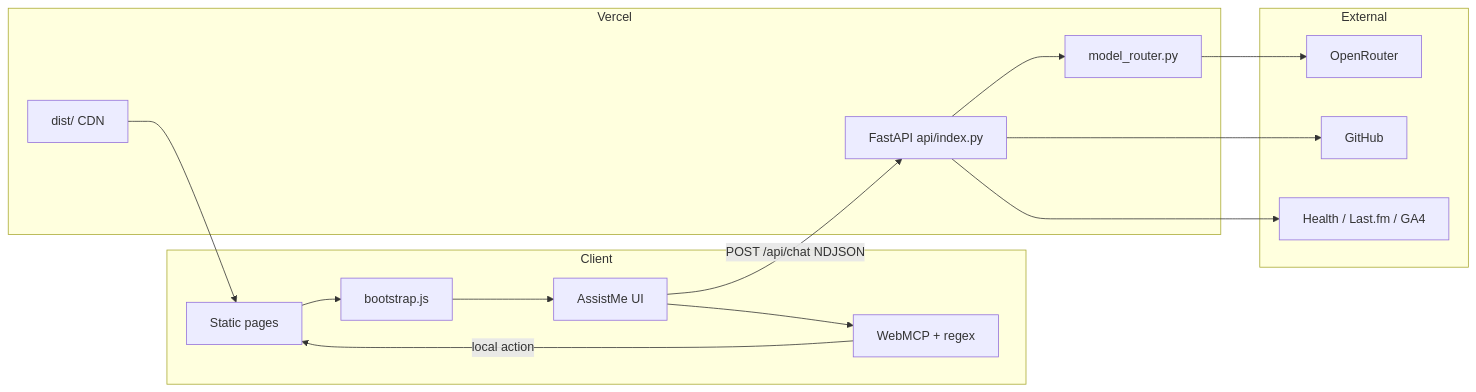
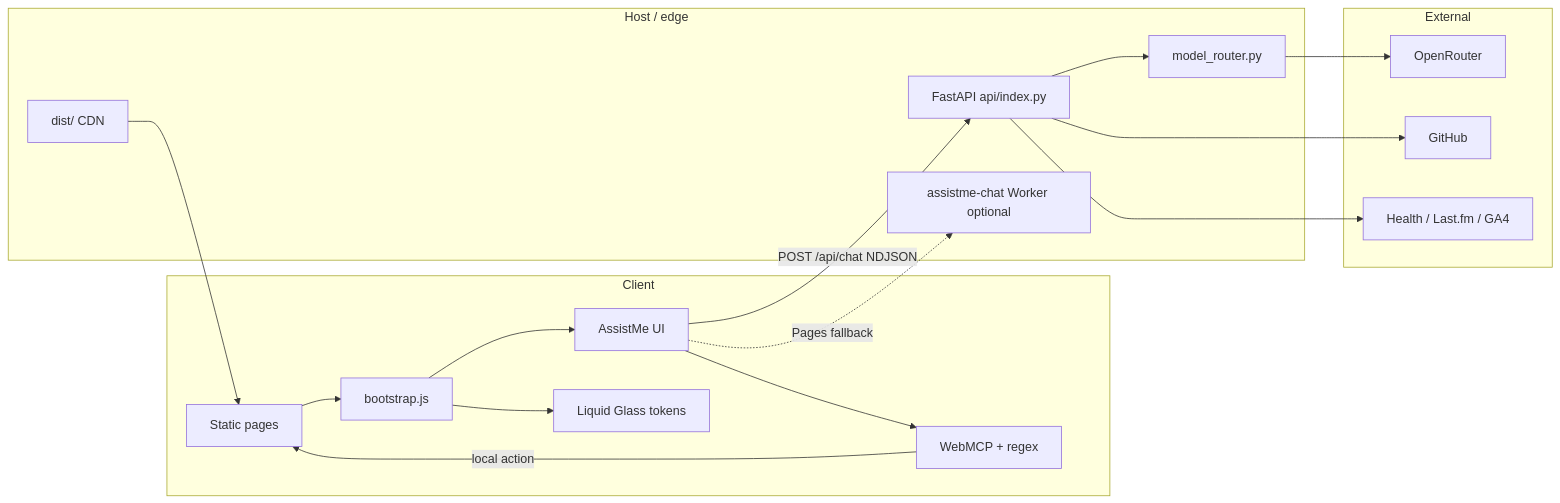
The diagram in README.md (mangeshraut712/mangeshrautarchive), drawn with Mermaid before and after one commit. The commit also changed other lines of this file, not shown here.

````diff
--- a/README.md
+++ b/README.md
@@ -138,30 +227,34 @@
 ```mermaid
 flowchart LR
   subgraph Client
     HTML[Static pages]
     BOOT[bootstrap.js]
     MCP[WebMCP + regex]
     CHAT[AssistMe UI]
+    LG[Liquid Glass tokens]
   end
 
-  subgraph Vercel
+  subgraph Edge["Host / edge"]
     CDN[dist/ CDN]
     API[FastAPI api/index.py]
     R[model_router.py]
+    W[assistme-chat Worker optional]
   end
 
   subgraph External
     OR[OpenRouter]
     GH[GitHub]
     INT[Health / Last.fm / GA4]
   end
 
   HTML --> BOOT --> CHAT
+  BOOT --> LG
   CHAT --> MCP
   MCP -->|local action| HTML
   CHAT -->|POST /api/chat NDJSON| API
+  CHAT -.->|Pages fallback| W
   API --> R --> OR
   API --> GH
   API --> INT
   CDN --> HTML
 ```
````
